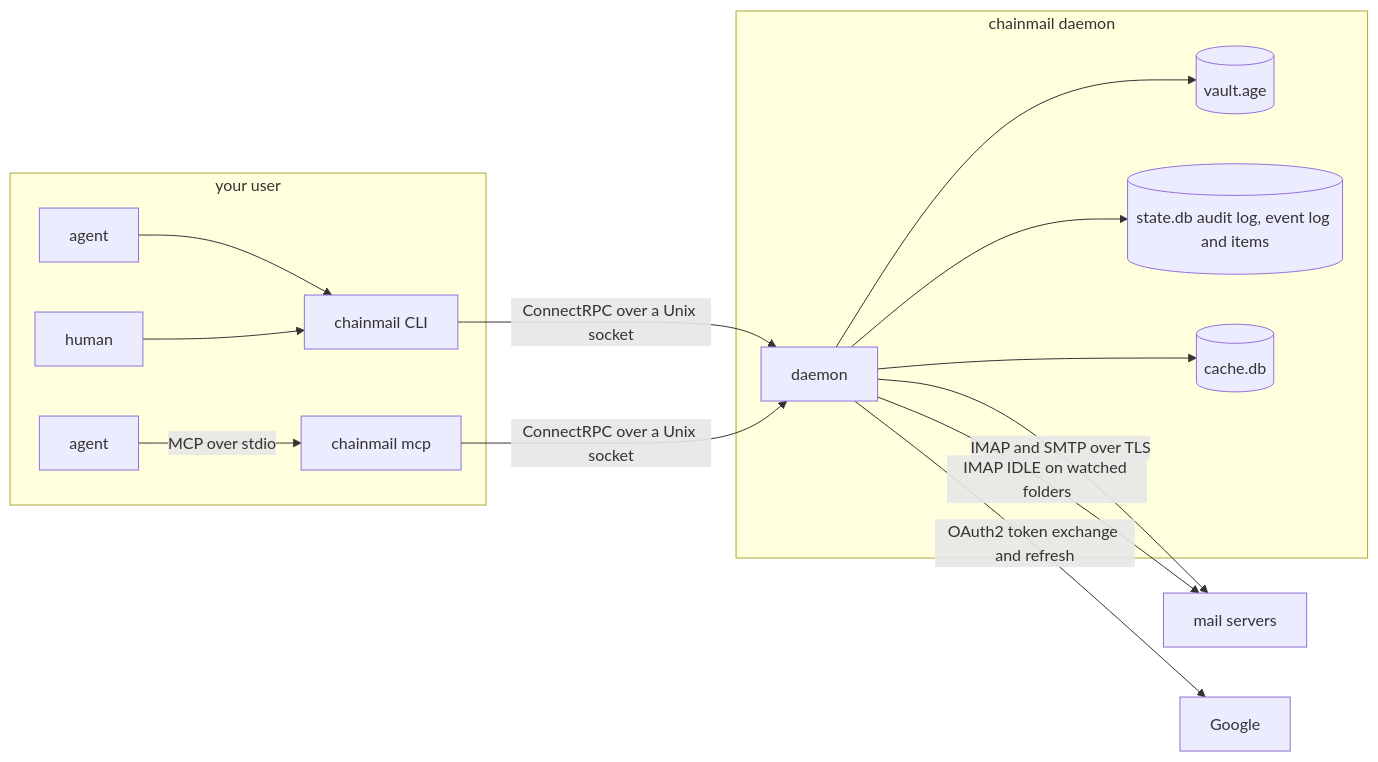
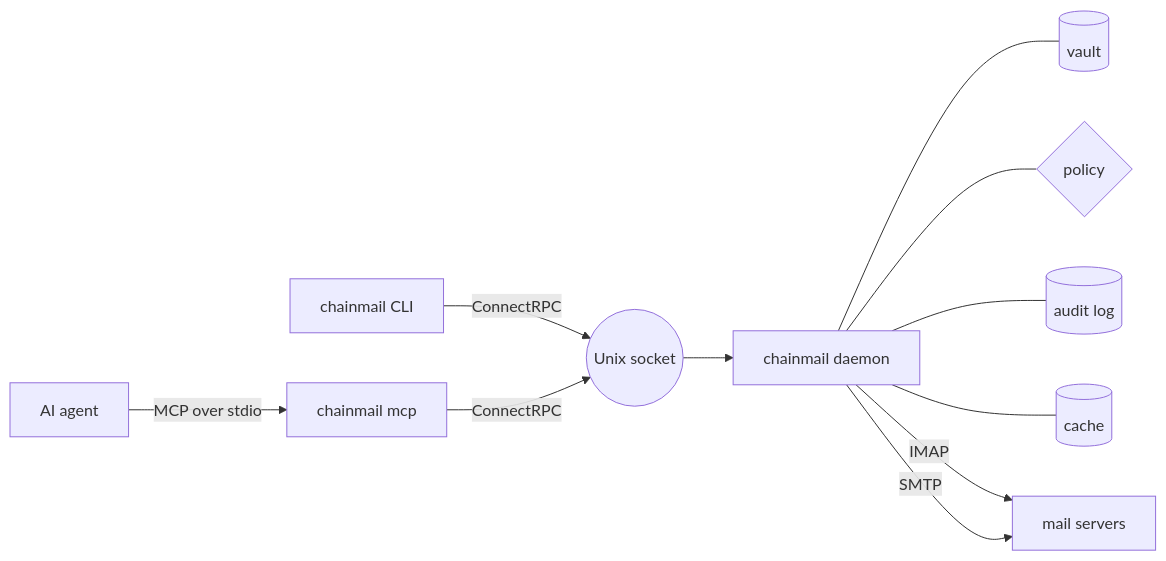
The diagram in README.md (yaklabco/chainmail), drawn with Mermaid before and after one commit. The commit also changed other lines of this file and 4 other files, not shown here.

````diff
--- a/README.md
+++ b/README.md
@@ -5,18 +21,13 @@
 ```mermaid
 flowchart LR
-  subgraph you["your user"]
-    A1[agent] --> CLI[chainmail CLI]
-    A2[agent] -- "MCP over stdio" --> MCP[chainmail mcp]
-    H[human] --> CLI
-  end
-  CLI -- "ConnectRPC over a Unix socket" --> D
-  MCP -- "ConnectRPC over a Unix socket" --> D
-  subgraph daemon["chainmail daemon"]
-    D[daemon] --> V[(vault.age)]
-    D --> S[(state.db audit log, event log and items)]
-    D --> C[(cache.db)]
-  end
-  D -- "IMAP and SMTP over TLS" --> M[mail servers]
-  D -- "IMAP IDLE on watched folders" --> M
-  D -- "OAuth2 token exchange and refresh" --> G[Google]
+  A[AI agent] -- MCP over stdio --> M[chainmail mcp]
+  C[chainmail CLI] -- ConnectRPC --> S((Unix socket))
+  M -- ConnectRPC --> S
+  S --> D[chainmail daemon]
+  D --- V[(vault)]
+  D --- P{policy}
+  D --- L[(audit log)]
+  D --- K[(cache)]
+  D -- IMAP --> I[mail servers]
+  D -- SMTP --> I
 ```
````
